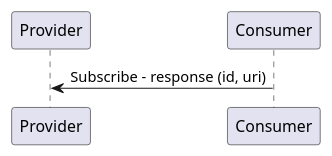
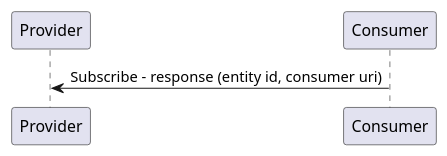
One commit to eclipse-ibeji/ibeji changed the diagram in docs/design/diagrams/subscribe_sequence.puml. Above: the diagram before and after it, drawn with PlantUML. The commit also changed 71 other files, not shown here.

```diff
--- a/docs/design/diagrams/subscribe_sequence.puml
+++ b/docs/design/diagrams/subscribe_sequence.puml
@@ -1,8 +1,8 @@
 @startuml
 
 participant "Provider"
 participant "Consumer"
 
-"Consumer" -> "Provider" : Subscribe - response (id, uri)
+"Consumer" -> "Provider" : Subscribe - response (entity id, consumer uri)
 
 @enduml
```
